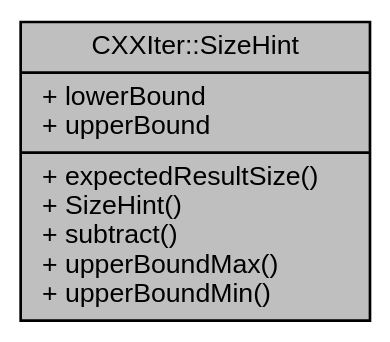
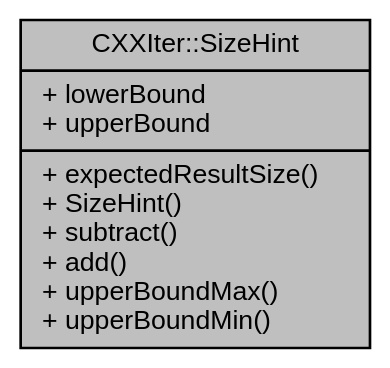
One commit to seijikun/CXXIter changed the diagram in structCXXIter_1_1SizeHint__coll__graph.dot. Above: the diagram before and after it, drawn with Graphviz. The commit also changed 54 other files, not shown here.

```diff
--- a/structCXXIter_1_1SizeHint__coll__graph.dot
+++ b/structCXXIter_1_1SizeHint__coll__graph.dot
@@ -1,9 +1,9 @@
 digraph "CXXIter::SizeHint"
 {
  // INTERACTIVE_SVG=YES
  // LATEX_PDF_SIZE
   bgcolor="transparent";
   edge [fontname="Helvetica",fontsize="10",labelfontname="Helvetica",labelfontsize="10"];
   node [fontname="Helvetica",fontsize="10",shape=record];
-  Node1 [label="{CXXIter::SizeHint\n|+ lowerBound\l+ upperBound\l|+ expectedResultSize()\l+ SizeHint()\l+ subtract()\l+ upperBoundMax()\l+ upperBoundMin()\l}",height=0.2,width=0.4,color="black", fillcolor="grey75", style="filled", fontcolor="black",tooltip="Structure holding the bounds of a CXXIter iterator's estimated length."];
+  Node1 [label="{CXXIter::SizeHint\n|+ lowerBound\l+ upperBound\l|+ expectedResultSize()\l+ SizeHint()\l+ subtract()\l+ add()\l+ upperBoundMax()\l+ upperBoundMin()\l}",height=0.2,width=0.4,color="black", fillcolor="grey75", style="filled", fontcolor="black",tooltip="Structure holding the bounds of a CXXIter iterator's estimated length."];
 }
```
